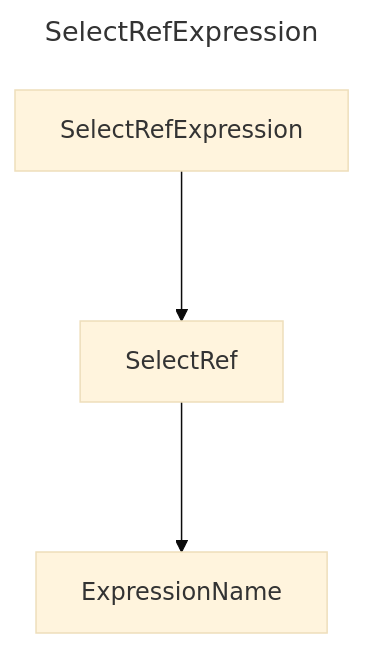
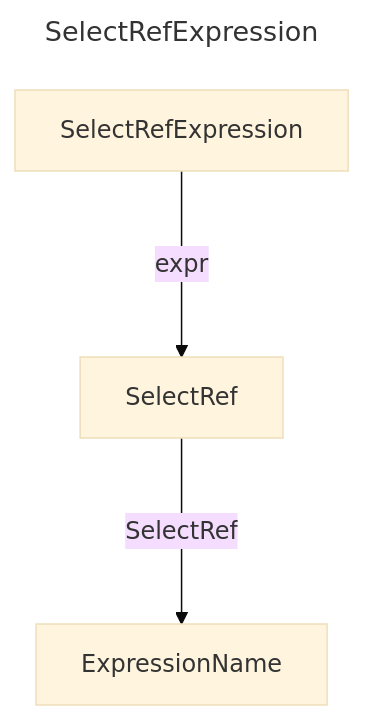
The diagram in docs/docs/layout/erd/SelectRefExpression.md (douglassimonsen/pbi_core), drawn with Mermaid (base theme) before and after one commit. The commit also changed 77 other files, not shown here.

Commit message:
Updated to color code the layout ERD

````diff
--- a/docs/docs/layout/erd/SelectRefExpression.md
+++ b/docs/docs/layout/erd/SelectRefExpression.md
@@ -1,11 +1,11 @@
 ```mermaid
 ---
 title: SelectRefExpression
 ---
 graph 
-2721642016960["SelectRef"]
-2721641883248["SelectRefExpression"]
-2721642013056["ExpressionName"]
-2721642016960 ---> 2721642013056
-2721641883248 ---> 2721642016960
+2430071366800["ExpressionName"]
+2430071356064["SelectRef"]
+2430071923168["SelectRefExpression"]
+2430071923168 --->|expr| 2430071356064
+2430071356064 --->|SelectRef| 2430071366800
 ```
````
